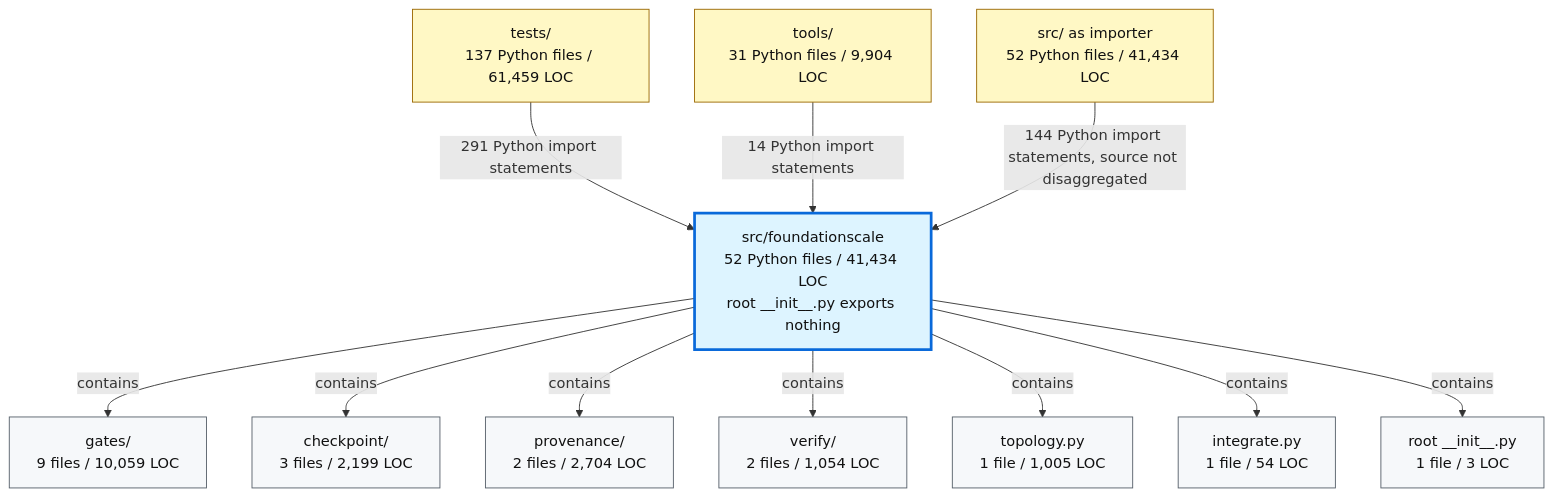
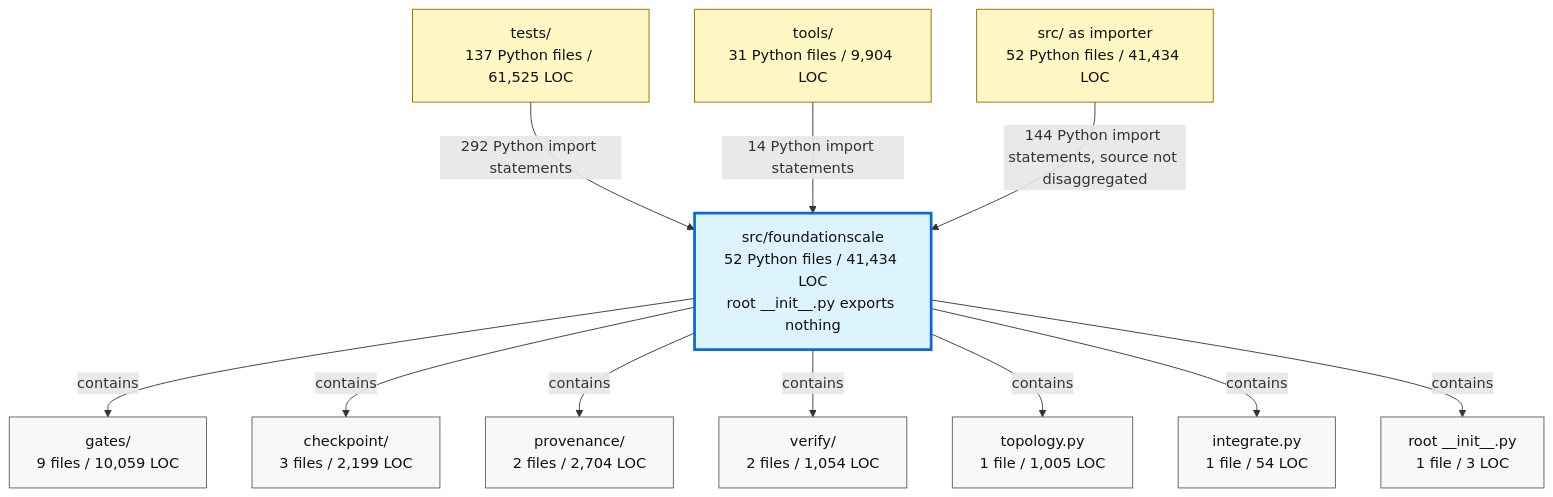
The second of 2 diagrams in docs/review/D2_current_architecture.md (TranNhiem/FoundationScale), drawn with Mermaid before and after one commit. The commit also changed 9 other files, not shown here.

````diff
--- a/docs/review/D2_current_architecture.md
+++ b/docs/review/D2_current_architecture.md
@@ -97,36 +97,36 @@
 ```mermaid
 flowchart TB
-  TESTS["tests/<br/>137 Python files / 61,459 LOC"]
+  TESTS["tests/<br/>137 Python files / 61,525 LOC"]
   TOOLS["tools/<br/>31 Python files / 9,904 LOC"]
   SRC["src/ as importer<br/>52 Python files / 41,434 LOC"]
 
   FS["src/foundationscale<br/>52 Python files / 41,434 LOC<br/>root __init__.py exports nothing"]
 
   GATES["gates/<br/>9 files / 10,059 LOC"]
   CKPT["checkpoint/<br/>3 files / 2,199 LOC"]
   PROV["provenance/<br/>2 files / 2,704 LOC"]
   VERIFY["verify/<br/>2 files / 1,054 LOC"]
   TOPO["topology.py<br/>1 file / 1,005 LOC"]
   INTEG["integrate.py<br/>1 file / 54 LOC"]
   ROOT["root __init__.py<br/>1 file / 3 LOC"]
 
-  TESTS -->|"291 Python import statements"| FS
+  TESTS -->|"292 Python import statements"| FS
   TOOLS -->|"14 Python import statements"| FS
   SRC -->|"144 Python import statements, source not disaggregated"| FS
 
   FS -->|"contains"| GATES
   FS -->|"contains"| CKPT
   FS -->|"contains"| PROV
   FS -->|"contains"| VERIFY
   FS -->|"contains"| TOPO
   FS -->|"contains"| INTEG
   FS -->|"contains"| ROOT
 
   classDef consumer fill:#fff8c5,stroke:#9a6700,color:#111;
   classDef package fill:#ddf4ff,stroke:#0969da,stroke-width:3px,color:#111;
   classDef module fill:#f6f8fa,stroke:#57606a,color:#111;
 
   class TESTS,TOOLS,SRC consumer;
   class FS package;
   class GATES,CKPT,PROV,VERIFY,TOPO,INTEG,ROOT module;
 ```
````
